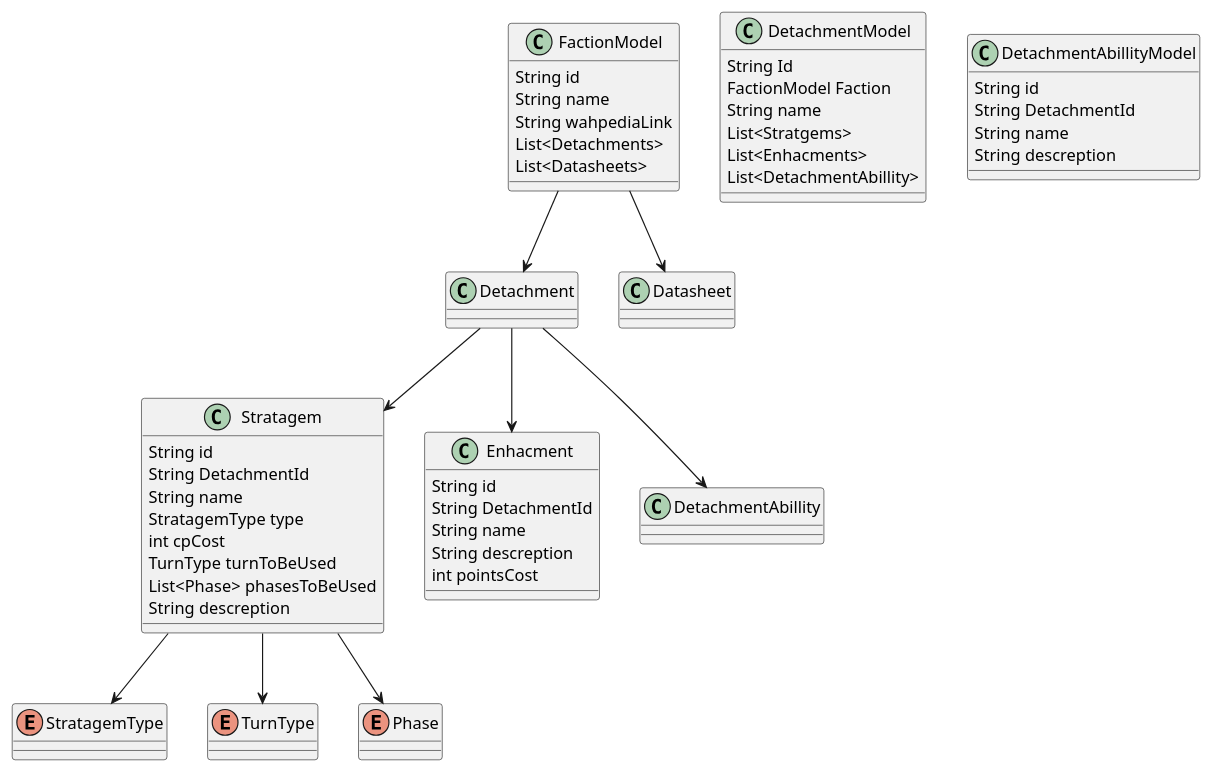
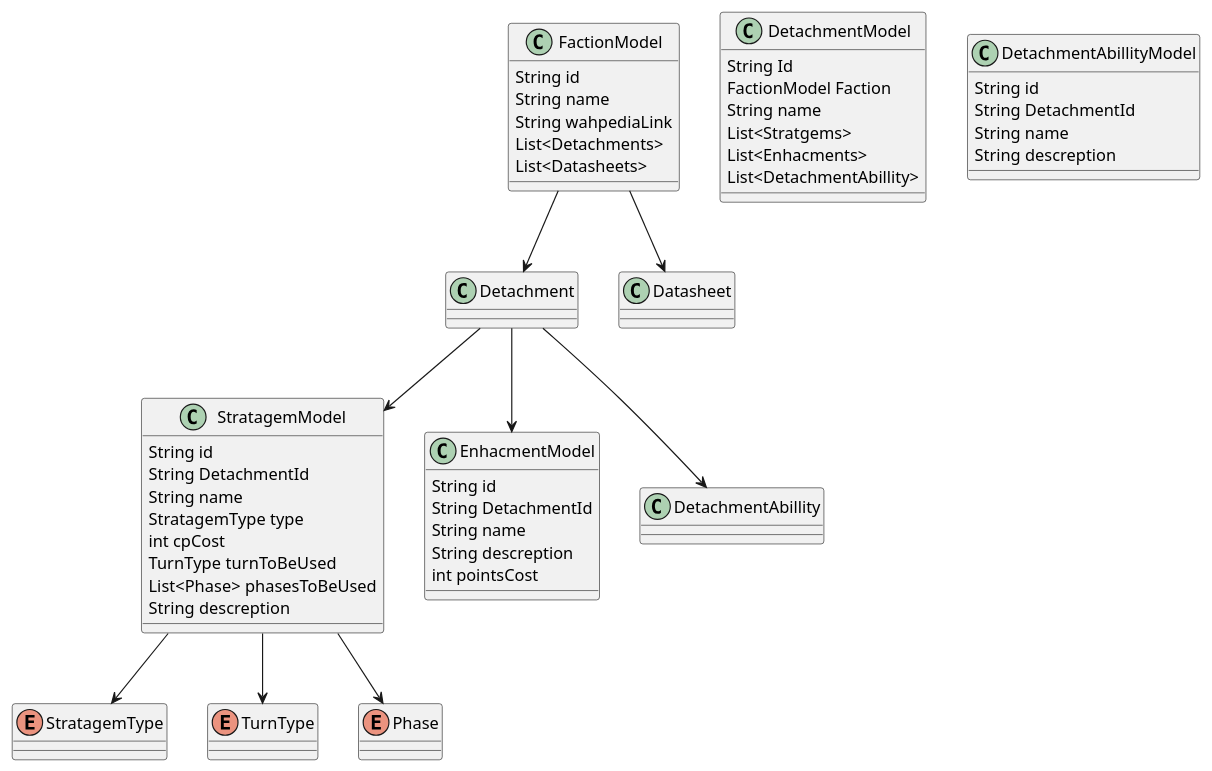
The diagram in Documentation/Data layout/ClassModels.wsd (stoftot/40k-Roster-Master), drawn with PlantUML before and after one commit.

Commit message:
Corrected names in class diagram

```diff
--- a/Documentation/Data layout/ClassModels.wsd
+++ b/Documentation/Data layout/ClassModels.wsd
@@ -1,73 +1,73 @@
 @startuml
 'missing fation abilities, no way as of right know to include it'
 class FactionModel {
     String id
     String name
     String wahpediaLink
     List<Detachments>
     List<Datasheets>
 }
 
 FactionModel --> Detachment
 FactionModel --> Datasheet
 
 class DetachmentModel {
     String Id
     FactionModel Faction
     String name
     List<Stratgems>
     List<Enhacments>
     List<DetachmentAbillity>
 }
 
-Detachment --> Stratagem
-Detachment --> Enhacment
+Detachment --> StratagemModel
+Detachment --> EnhacmentModel
 Detachment --> DetachmentAbillity
 
 class DetachmentAbillityModel  {
     String id
     String DetachmentId
     String name
     String descreption
 }
 
-class Stratagem {
+class StratagemModel {
     String id
     String DetachmentId
     String name
     StratagemType type
     int cpCost
     TurnType turnToBeUsed
     List<Phase> phasesToBeUsed
     String descreption
 }
 
-Stratagem --> StratagemType
-Stratagem --> TurnType
-Stratagem --> Phase
+StratagemModel --> StratagemType
+StratagemModel --> TurnType
+StratagemModel --> Phase
 
 Enum StratagemType {
 
 }
 
 Enum TurnType {
 
 }
 
 Enum Phase {
     
 }
 
-class Enhacment {
+class EnhacmentModel {
     String id
     String DetachmentId
     String name
     String descreption
     int pointsCost
 }
 
 class Datasheet {
 
 }
 
 @enduml
```
